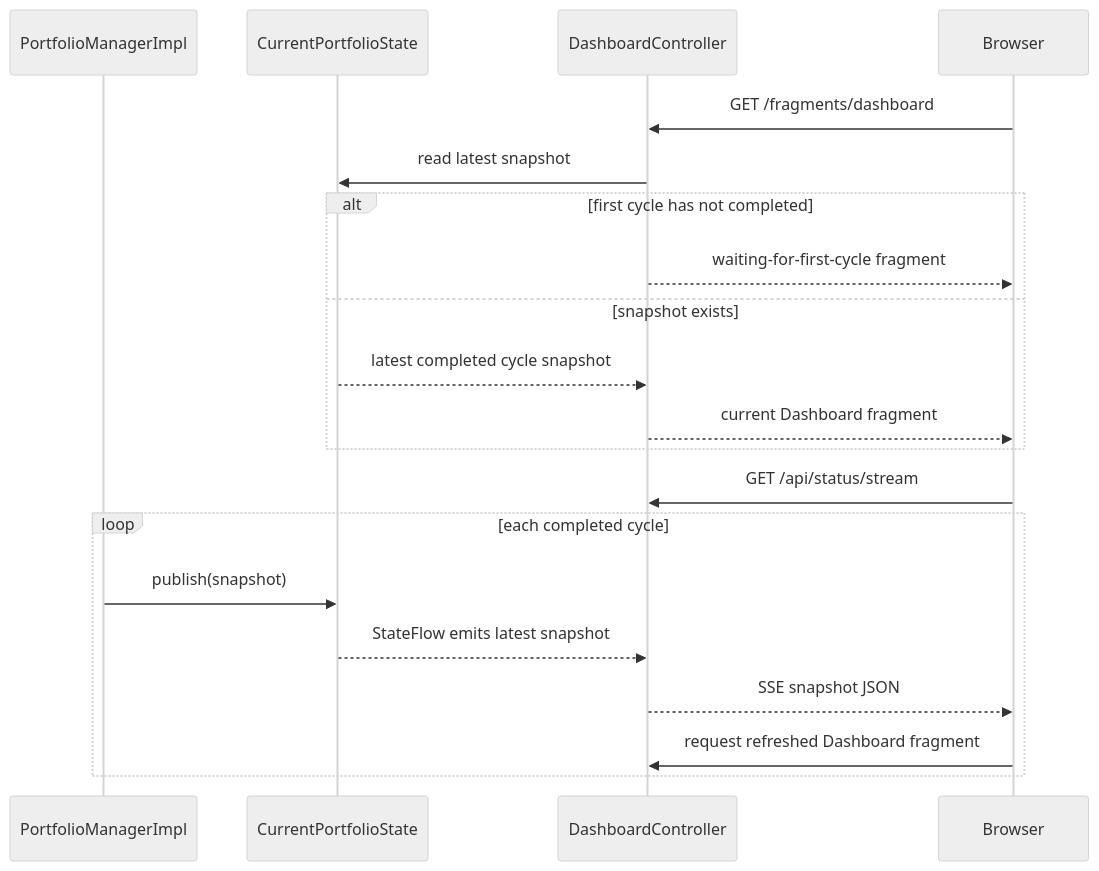
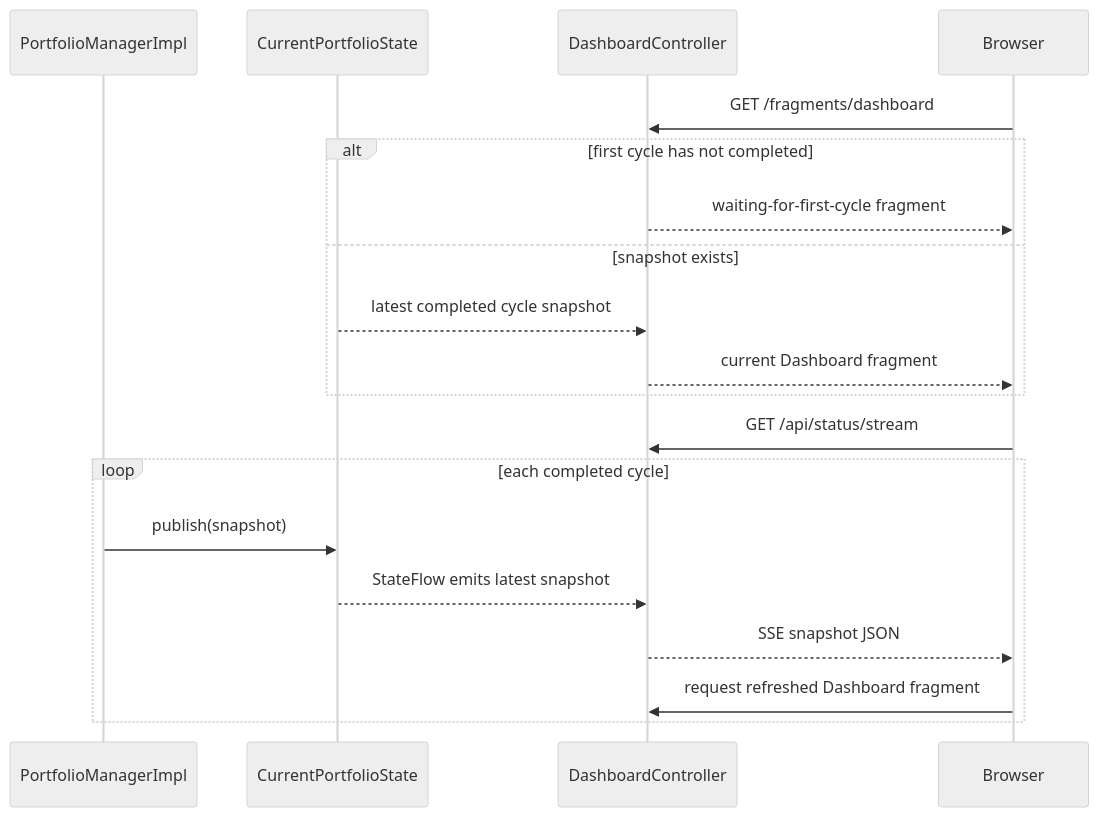
The third of 3 diagrams in docs/FLOWS.md (HyperVon/new-kraken-rebalancer), drawn with Mermaid (neutral theme) before and after one commit. The commit also changed other lines of this file and 232 other files, not shown here.

````diff
--- a/docs/FLOWS.md
+++ b/docs/FLOWS.md
@@ -127,24 +100,23 @@
 ```mermaid
 sequenceDiagram
     participant PM as PortfolioManagerImpl
     participant State as CurrentPortfolioState
     participant Controller as DashboardController
     participant Browser
 
     Browser->>Controller: GET /fragments/dashboard
-    Controller->>State: read latest snapshot
     alt first cycle has not completed
         Controller-->>Browser: waiting-for-first-cycle fragment
     else snapshot exists
         State-->>Controller: latest completed cycle snapshot
         Controller-->>Browser: current Dashboard fragment
     end
 
     Browser->>Controller: GET /api/status/stream
     loop each completed cycle
         PM->>State: publish(snapshot)
         State-->>Controller: StateFlow emits latest snapshot
         Controller-->>Browser: SSE snapshot JSON
         Browser->>Controller: request refreshed Dashboard fragment
     end
 ```
````
